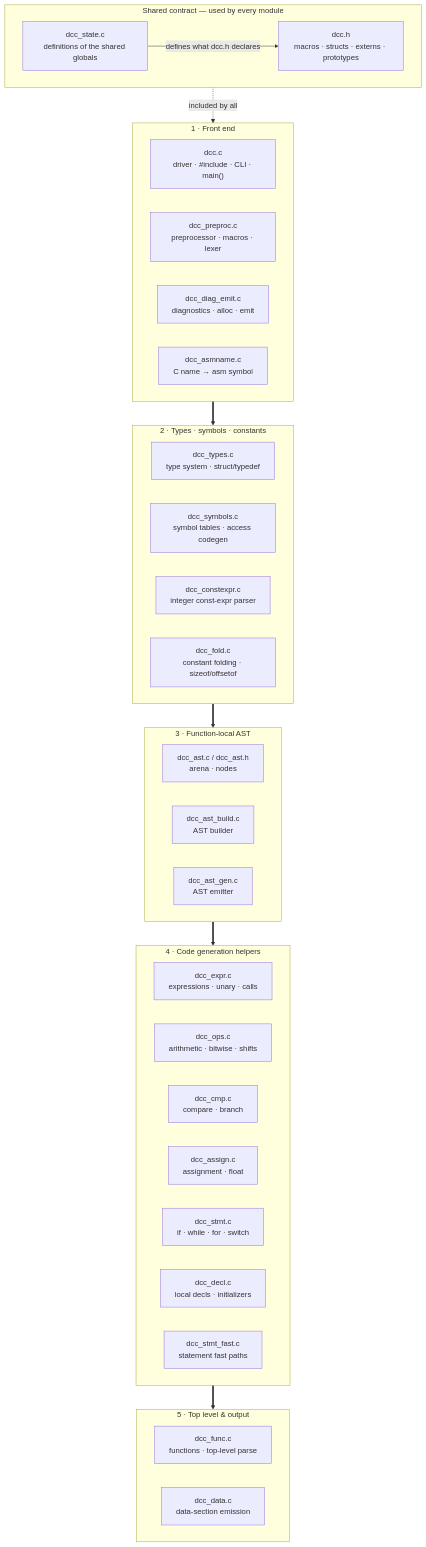
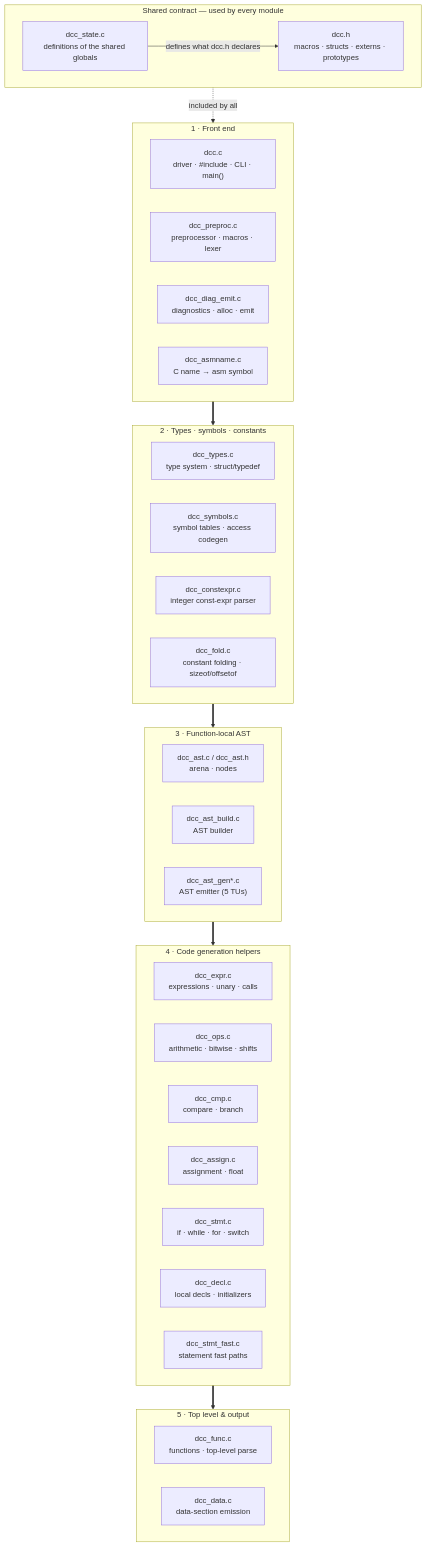
One commit to davidly/dcc changed the first of 2 diagrams in src/dcc/README.md. Above: the diagram before and after it, drawn with Mermaid. The commit also changed other lines of this file and 32 other files, not shown here.

````diff
--- a/src/dcc/README.md
+++ b/src/dcc/README.md
@@ -92,46 +94,46 @@
 ```mermaid
 graph TB
     subgraph SHARED["Shared contract — used by every module"]
         H["dcc.h<br/>macros · structs · externs · prototypes"]
         STATE["dcc_state.c<br/>definitions of the shared globals"]
         STATE -->|defines what dcc.h declares| H
     end
 
     subgraph FE["1 · Front end"]
         DRV["dcc.c<br/>driver · #include · CLI · main()"]
         PP["dcc_preproc.c<br/>preprocessor · macros · lexer"]
         DIAG["dcc_diag_emit.c<br/>diagnostics · alloc · emit"]
         ASM["dcc_asmname.c<br/>C name → asm symbol"]
     end
 
     subgraph TYP["2 · Types · symbols · constants"]
         TYPES["dcc_types.c<br/>type system · struct/typedef"]
         SYM["dcc_symbols.c<br/>symbol tables · access codegen"]
         CONST["dcc_constexpr.c<br/>integer const-expr parser"]
         FOLD["dcc_fold.c<br/>constant folding · sizeof/offsetof"]
     end
 
       subgraph AST["3 · Function-local AST"]
         ASTN["dcc_ast.c / dcc_ast.h<br/>arena · nodes"]
         ASTB["dcc_ast_build.c<br/>AST builder"]
-        ASTG["dcc_ast_gen.c<br/>AST emitter"]
+        ASTG["dcc_ast_gen*.c<br/>AST emitter (5 TUs)"]
       end
 
       subgraph CG["4 · Code generation helpers"]
         EXPR["dcc_expr.c<br/>expressions · unary · calls"]
         OPS["dcc_ops.c<br/>arithmetic · bitwise · shifts"]
         CMP["dcc_cmp.c<br/>compare · branch"]
         ASSIGN["dcc_assign.c<br/>assignment · float"]
         STMT["dcc_stmt.c<br/>if · while · for · switch"]
         DECL["dcc_decl.c<br/>local decls · initializers"]
         SFAST["dcc_stmt_fast.c<br/>statement fast paths"]
     end
 
     subgraph TOP["5 · Top level & output"]
         FUNC["dcc_func.c<br/>functions · top-level parse"]
         DATA["dcc_data.c<br/>data-section emission"]
     end
 
     SHARED -. included by all .-> FE
     FE ==> TYP ==> AST ==> CG ==> TOP
 ```
````
